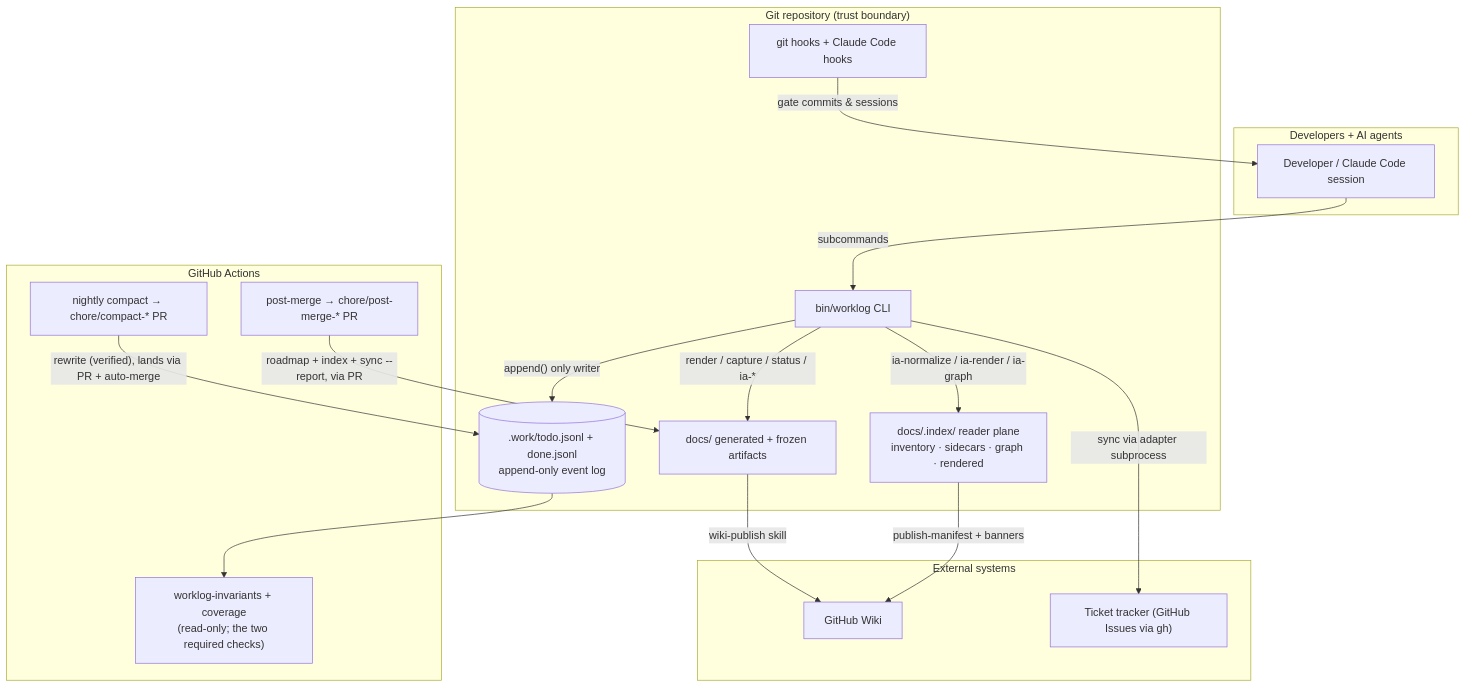
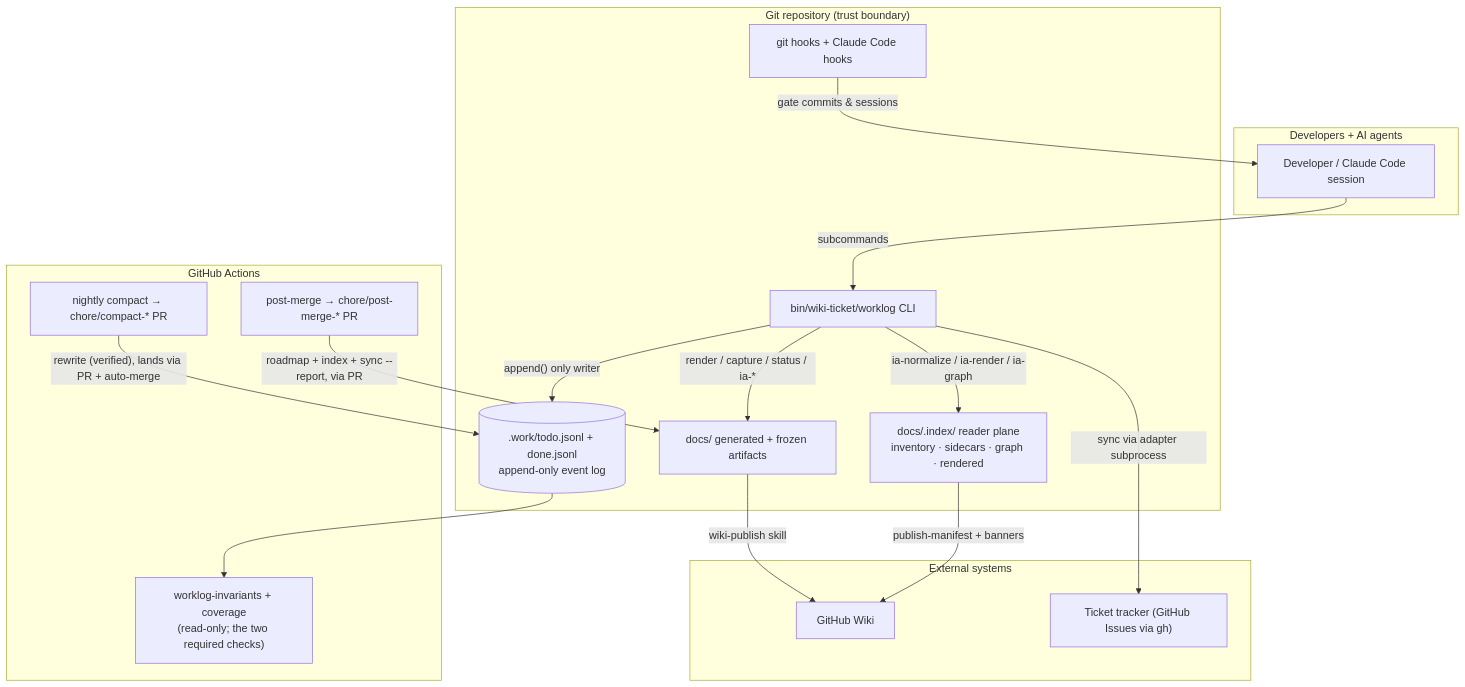
The first of 12 diagrams in docs/designs/current_design_doc.md (SpillwaveSolutions/wiki_ticket_sdd), drawn with Mermaid before and after one commit. The commit also changed other lines of this file and 3 other files, not shown here.

First line of the commit message:
docs: point the live design pair at bin/wiki-ticket

````diff
--- a/docs/designs/current_design_doc.md
+++ b/docs/designs/current_design_doc.md
@@ -405,33 +405,33 @@
 ```mermaid
 flowchart TD
     subgraph Humans_and_Agents["Developers + AI agents"]
         DEV["Developer / Claude Code session"]
     end
     subgraph Repo["Git repository (trust boundary)"]
-        CLI["bin/worklog CLI"]
+        CLI["bin/wiki-ticket/worklog CLI"]
         LOG[(".work/todo.jsonl + done.jsonl<br/>append-only event log")]
         DOCS["docs/ generated + frozen artifacts"]
         IDX["docs/.index/ reader plane<br/>inventory · sidecars · graph · rendered"]
         HOOKS["git hooks + Claude Code hooks"]
     end
     subgraph CI["GitHub Actions"]
         INV["worklog-invariants + coverage<br/>(read-only; the two required checks)"]
         COMPACT["nightly compact → chore/compact-* PR"]
         PM["post-merge → chore/post-merge-* PR"]
     end
     subgraph External["External systems"]
         TRACKER["Ticket tracker (GitHub Issues via gh)"]
         WIKI["GitHub Wiki"]
     end
     DEV -->|subcommands| CLI
     CLI -->|"append() only writer"| LOG
     CLI -->|render / capture / status / ia-*| DOCS
     CLI -->|ia-normalize / ia-render / ia-graph| IDX
     HOOKS -->|gate commits & sessions| DEV
     LOG --> INV
     COMPACT -->|"rewrite (verified), lands via PR + auto-merge"| LOG
     PM -->|"roadmap + index + sync --report, via PR"| DOCS
     CLI -->|"sync via adapter subprocess"| TRACKER
     DOCS -->|wiki-publish skill| WIKI
     IDX -->|publish-manifest + banners| WIKI
 ```
````
